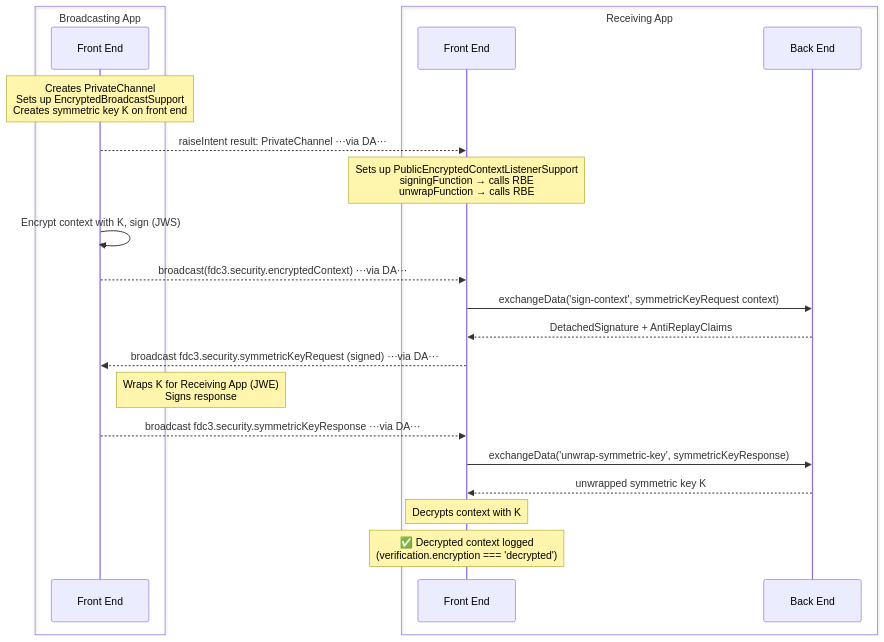
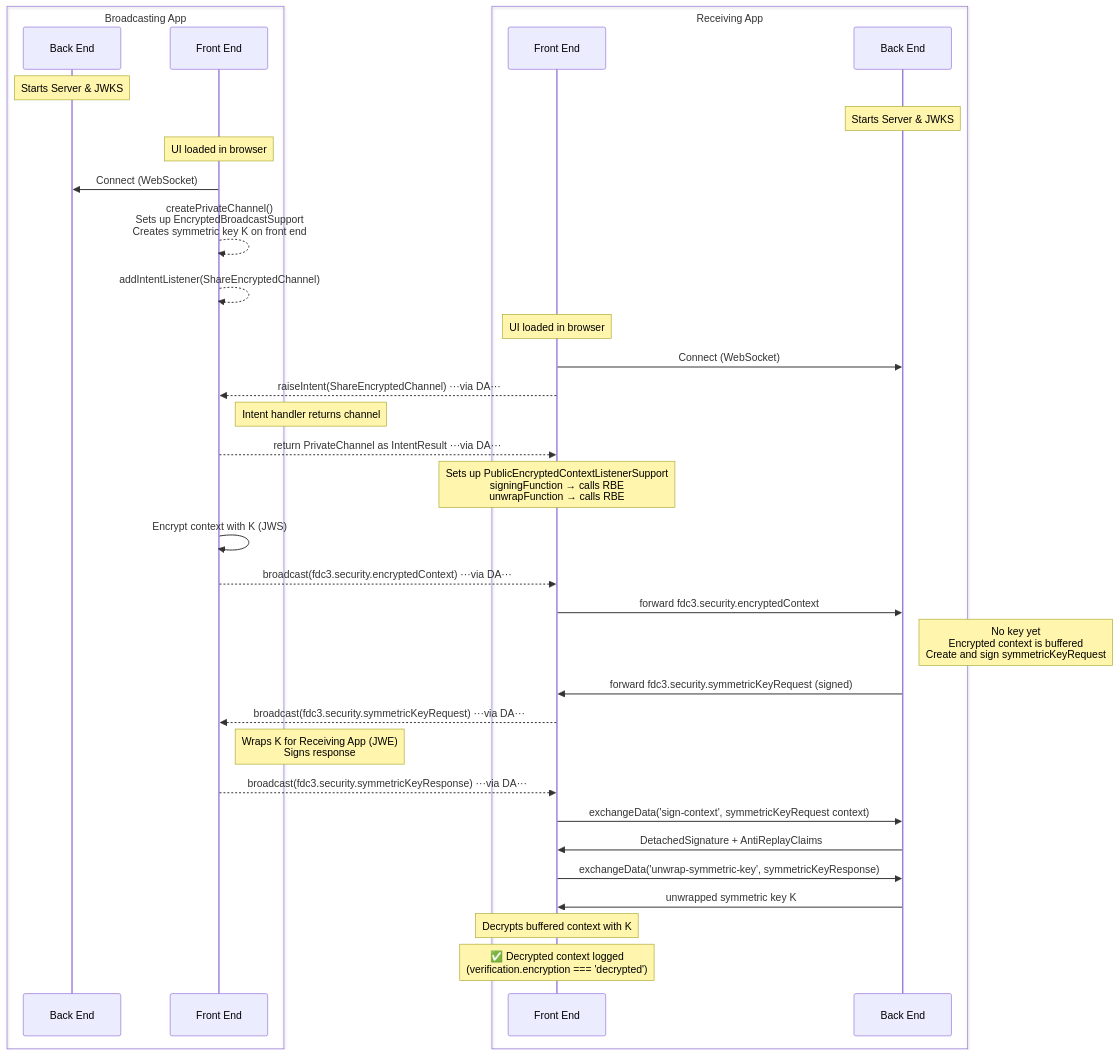
Before and after one commit to finos/FDC3: the second of 5 diagrams in packages/fdc3-security/samples/README.md, drawn with Mermaid. The commit also changed other lines of this file, not shown here.

Commit message:
reworking FDC3 security samples diagrams

````diff
--- a/packages/fdc3-security/samples/README.md
+++ b/packages/fdc3-security/samples/README.md
@@ -89,31 +91,45 @@
 ```mermaid
 sequenceDiagram
     box Broadcasting App
+        participant BBE as Back End
         participant BFE as Front End
     end
     box Receiving App
         participant RFE as Front End
         participant RBE as Back End
     end
 
-    Note over BFE: Creates PrivateChannel<br/>Sets up EncryptedBroadcastSupport<br/>Creates symmetric key K on front end
+    Note over BBE: Starts Server & JWKS
+    Note over RBE: Starts Server & JWKS
 
-    BFE-->>RFE: raiseIntent result: PrivateChannel ···via DA···
+    Note over BFE: UI loaded in browser
+    BFE->>BBE: Connect (WebSocket)
+    BFE-->>BFE: createPrivateChannel()<br/>Sets up EncryptedBroadcastSupport<br/>Creates symmetric key K on front end
+    BFE-->>BFE: addIntentListener(ShareEncryptedChannel)
+
+    Note over RFE: UI loaded in browser
+    RFE->>RBE: Connect (WebSocket)
+    RFE-->>BFE: raiseIntent(ShareEncryptedChannel) ···via DA···
+    Note right of BFE: Intent handler returns channel
+    BFE-->>RFE: return PrivateChannel as IntentResult ···via DA···
+
     Note over RFE: Sets up PublicEncryptedContextListenerSupport<br/>signingFunction → calls RBE<br/>unwrapFunction → calls RBE
 
-    BFE->>BFE: Encrypt context with K, sign (JWS)
+    BFE->>BFE: Encrypt context with K (JWS)
     BFE-->>RFE: broadcast(fdc3.security.encryptedContext) ···via DA···
+    RFE->>RBE: forward fdc3.security.encryptedContext
+    Note right of RBE: No key yet<br/>Encrypted context is buffered<br/>Create and sign symmetricKeyRequest
+
+    RBE->>RFE: forward fdc3.security.symmetricKeyRequest (signed)
+    RFE-->>BFE: broadcast(fdc3.security.symmetricKeyRequest) ···via DA···
+    Note right of BFE: Wraps K for Receiving App (JWE)<br/>Signs response
+    BFE-->>RFE: broadcast(fdc3.security.symmetricKeyResponse) ···via DA···
 
     RFE->>RBE: exchangeData('sign-context', symmetricKeyRequest context)
-    RBE-->>RFE: DetachedSignature + AntiReplayClaims
-    RFE-->>BFE: broadcast fdc3.security.symmetricKeyRequest (signed) ···via DA···
+    RBE->>RFE: DetachedSignature + AntiReplayClaims
+    RFE->>RBE: exchangeData('unwrap-symmetric-key', symmetricKeyResponse)
+    RBE->>RFE: unwrapped symmetric key K
 
-    Note right of BFE: Wraps K for Receiving App (JWE)<br/>Signs response
-    BFE-->>RFE: broadcast fdc3.security.symmetricKeyResponse ···via DA···
-
-    RFE->>RBE: exchangeData('unwrap-symmetric-key', symmetricKeyResponse)
-    RBE-->>RFE: unwrapped symmetric key K
-
-    Note over RFE: Decrypts context with K
+    Note over RFE: Decrypts buffered context with K
     Note over RFE: ✅ Decrypted context logged<br/>(verification.encryption === 'decrypted')
 ```
````
